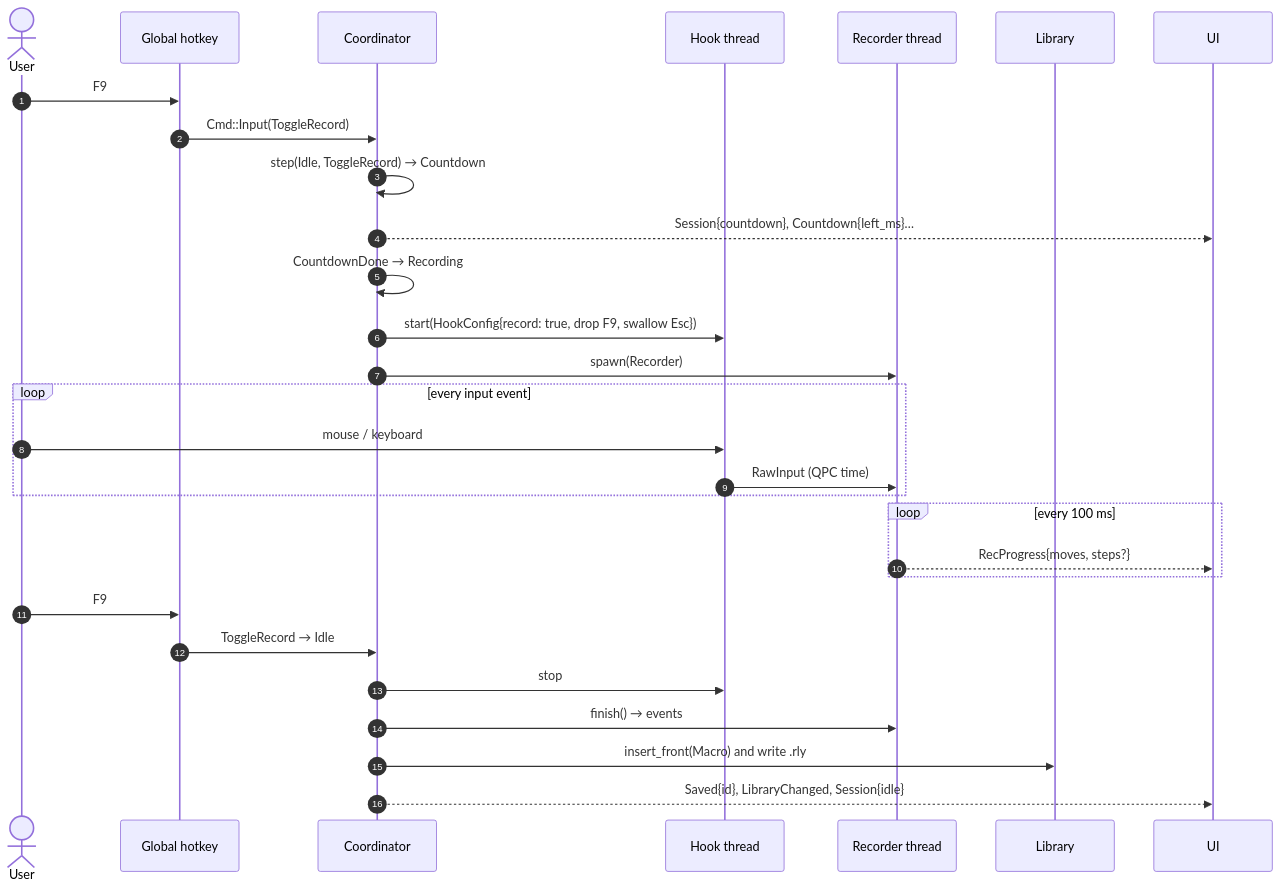
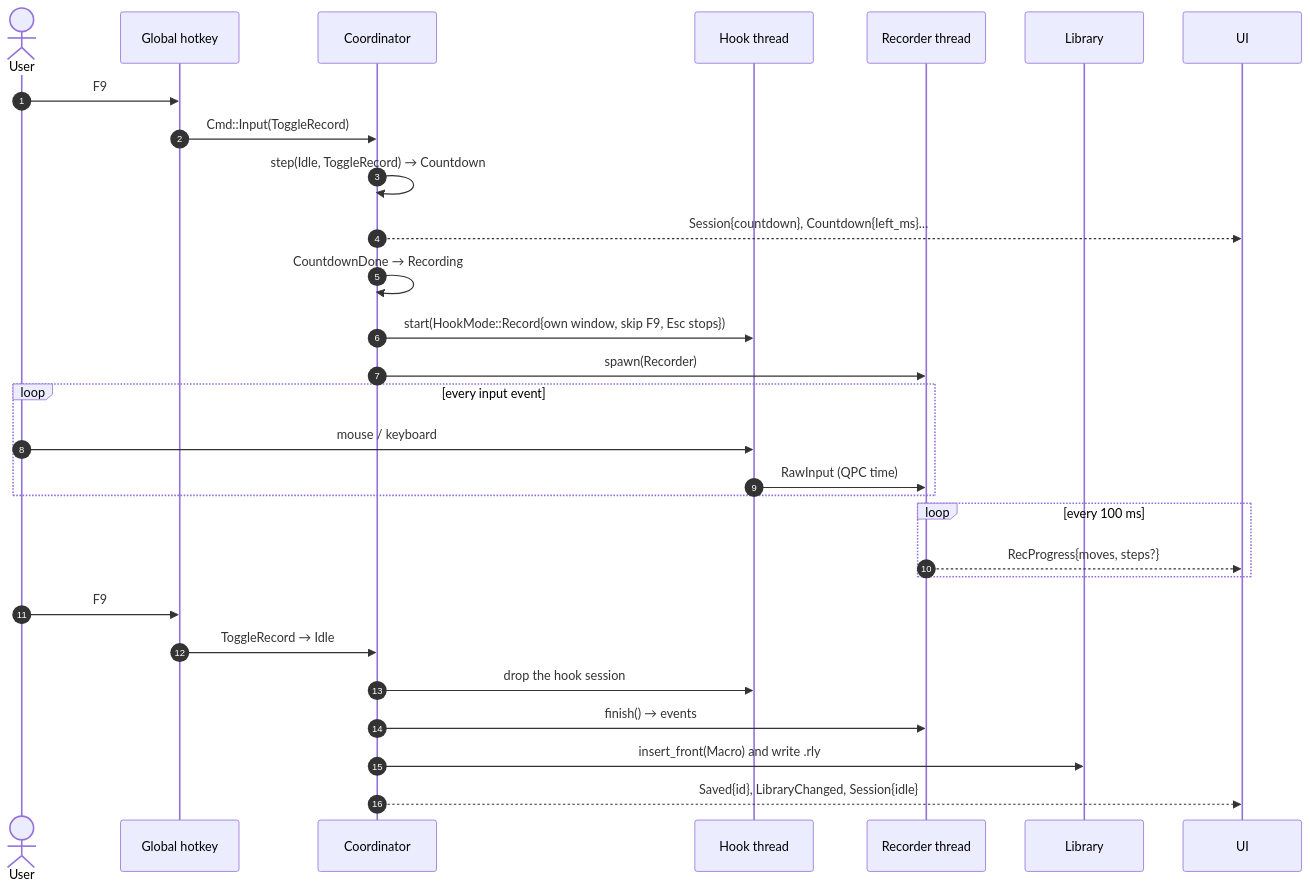
Before and after one commit to HappyRave/Relay: the third of 5 diagrams in docs/engineering/architecture.md, drawn with Mermaid. The commit also changed other lines of this file and 8 other files, not shown here.

Commit message:
docs: the refactored architecture (hotkeys on the main thread, playback generations, hook press tracking, async-result guards, and more)

````diff
--- a/docs/engineering/architecture.md
+++ b/docs/engineering/architecture.md
@@ -93,32 +94,32 @@
 ```mermaid
 sequenceDiagram
     autonumber
     actor U as User
     participant HK as Global hotkey
     participant C as Coordinator
     participant H as Hook thread
     participant R as Recorder thread
     participant L as Library
     participant UI
 
     U->>HK: F9
     HK->>C: Cmd::Input(ToggleRecord)
     C->>C: step(Idle, ToggleRecord) → Countdown
     C-->>UI: Session{countdown}, Countdown{left_ms}…
     C->>C: CountdownDone → Recording
-    C->>H: start(HookConfig{record: true, drop F9, swallow Esc})
+    C->>H: start(HookMode::Record{own window, skip F9, Esc stops})
     C->>R: spawn(Recorder)
     loop every input event
         U->>H: mouse / keyboard
         H->>R: RawInput (QPC time)
     end
     loop every 100 ms
         R-->>UI: RecProgress{moves, steps?}
     end
     U->>HK: F9
     HK->>C: ToggleRecord → Idle
-    C->>H: stop
+    C->>H: drop the hook session
     C->>R: finish() → events
     C->>L: insert_front(Macro) and write .rly
     C-->>UI: Saved{id}, LibraryChanged, Session{idle}
 ```
````
